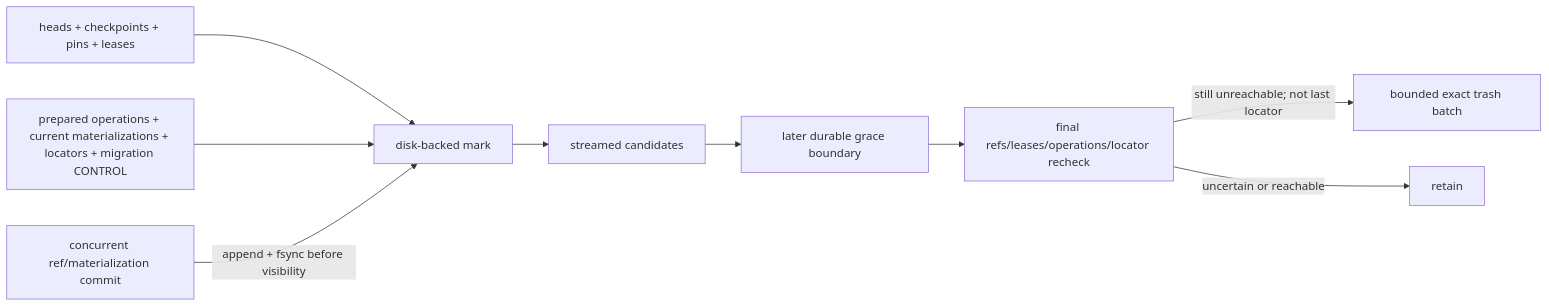
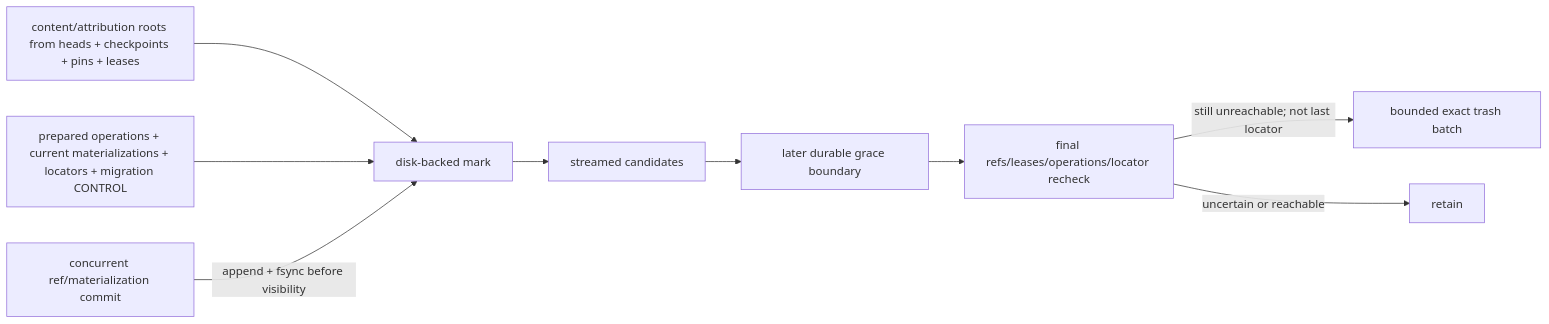
One commit to Ephemeral-AI-Lab/ephemeral-sandbox-docs changed the sixth of 7 diagrams in implementation-plan/2.0 migration/phase 1/implementation/layerstack_storage_contract.md. Above: the diagram before and after it, drawn with Mermaid. The commit also changed other lines of this file and 17 other files, not shown here.

````diff
--- a/implementation-plan/2.0 migration/phase 1/implementation/layerstack_storage_contract.md
+++ b/implementation-plan/2.0 migration/phase 1/implementation/layerstack_storage_contract.md
@@ -512,11 +532,11 @@
 ```mermaid
 flowchart LR
-    RR["heads + checkpoints + pins + leases"] --> MARK["disk-backed mark"]
+    RR["content/attribution roots from heads + checkpoints + pins + leases"] --> MARK["disk-backed mark"]
     RO["prepared operations + current materializations + locators + migration CONTROL"] --> MARK
     NEW["concurrent ref/materialization commit"] -->|"append + fsync before visibility"| MARK
     MARK --> SWEEP["streamed candidates"]
     SWEEP --> GRACE["later durable grace boundary"]
     GRACE --> CHECK["final refs/leases/operations/locator recheck"]
     CHECK -->|"still unreachable; not last locator"| TRASH["bounded exact trash batch"]
     CHECK -->|"uncertain or reachable"| KEEP["retain"]
 ```
````
